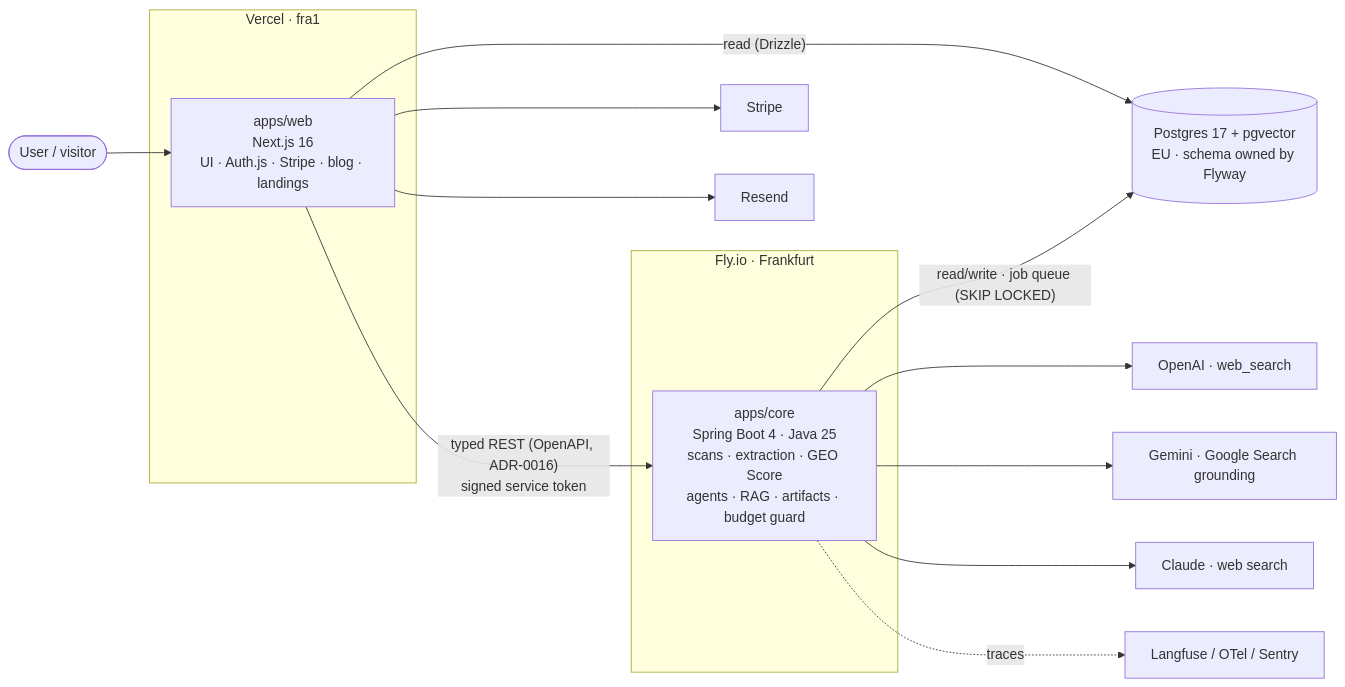
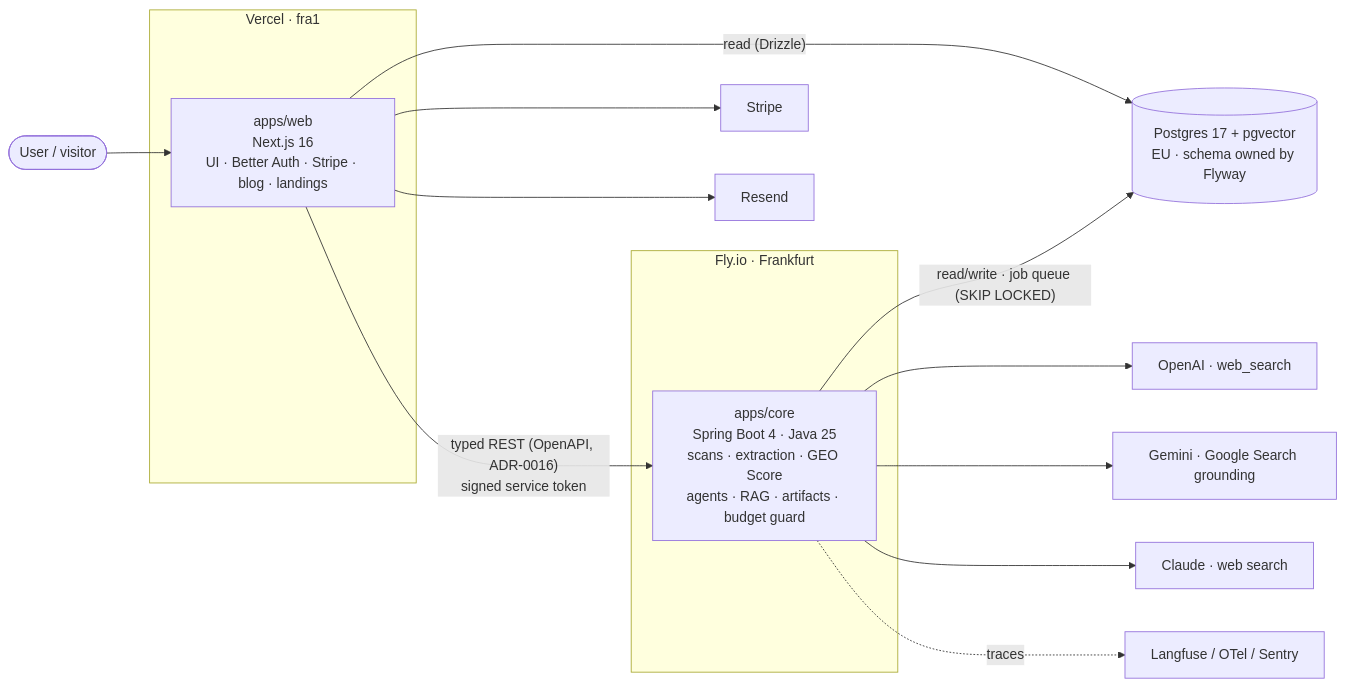
One commit to franciscojgonzalezfernandez-lgtm/geomaster changed the diagram in docs/architecture.md. Above: the diagram before and after it, drawn with Mermaid. The commit also changed 13 other files, not shown here.

First line of the commit message:
chore: add PR automation flow, Better Auth ADR, and accounts-projects spec

````diff
--- a/docs/architecture.md
+++ b/docs/architecture.md
@@ -5,20 +5,20 @@
 ```mermaid
 flowchart LR
   user([User / visitor]) --> web
   subgraph Vercel [Vercel · fra1]
-    web[apps/web<br/>Next.js 16<br/>UI · Auth.js · Stripe · blog · landings]
+    web[apps/web<br/>Next.js 16<br/>UI · Better Auth · Stripe · blog · landings]
   end
   subgraph Fly [Fly.io · Frankfurt]
     core[apps/core<br/>Spring Boot 4 · Java 25<br/>scans · extraction · GEO Score<br/>agents · RAG · artifacts · budget guard]
   end
   db[(Postgres 17 + pgvector<br/>EU · schema owned by Flyway)]
   web -- "typed REST (OpenAPI, ADR-0016)<br/>signed service token" --> core
   web -- "read (Drizzle)" --> db
   core -- "read/write · job queue (SKIP LOCKED)" --> db
   core --> openai[OpenAI · web_search]
   core --> gemini[Gemini · Google Search grounding]
   core --> claude[Claude · web search]
   web --> stripe[Stripe]
   web --> resend[Resend]
   core -. traces .-> langfuse[Langfuse / OTel / Sentry]
 ```
````
